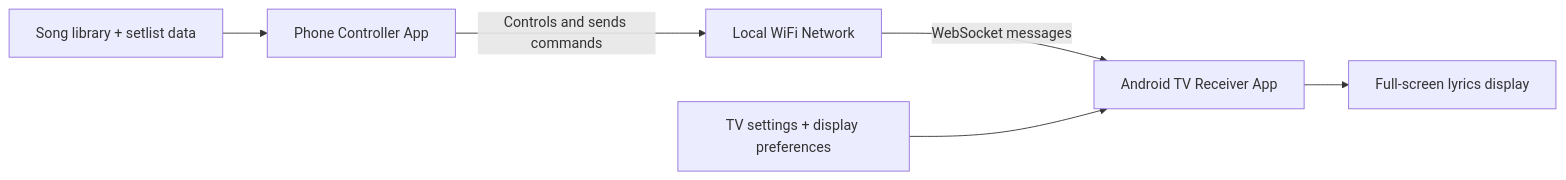
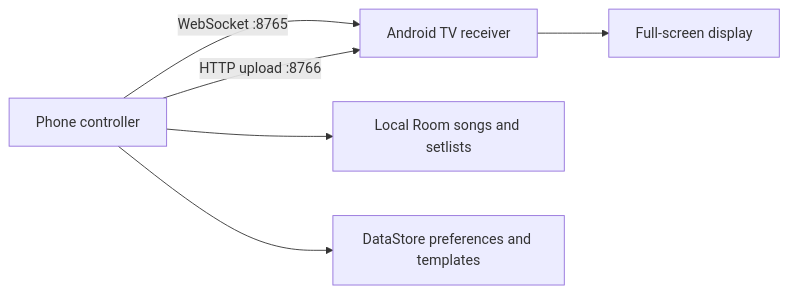
Before and after one commit to kratostheslayerofgod-cell/LyricsPresenter: the first of 3 diagrams in README.md, drawn with Mermaid. The commit also changed other lines of this file and 29 other files, not shown here.

````diff
--- a/README.md
+++ b/README.md
@@ -55,8 +35,8 @@
 ```mermaid
 flowchart LR
-    A[Phone Controller App] -->|Controls and sends commands| B[Local WiFi Network]
-    B -->|WebSocket messages| C[Android TV Receiver App]
-    C --> D[Full-screen lyrics display]
-    E[Song library + setlist data] --> A
-    F[TV settings + display preferences] --> C
+    C[Phone controller] -->|WebSocket :8765| R[Android TV receiver]
+    C -->|HTTP upload :8766| R
+    R --> D[Full-screen display]
+    C --> L[Local Room songs and setlists]
+    C --> P[DataStore preferences and templates]
 ```
````
